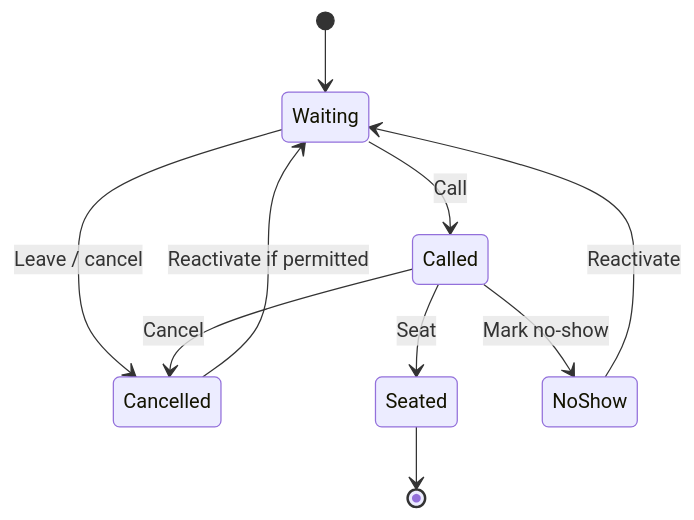
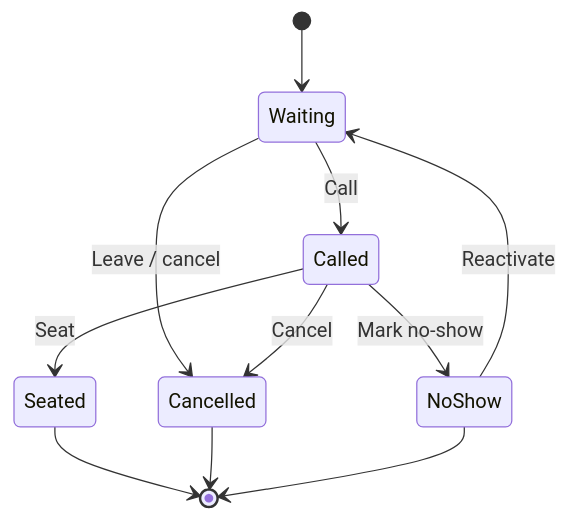
Before and after one commit to aramostsc/mesaflow: the diagram in docs/USER_FLOWS.md, drawn with Mermaid. The commit also changed other lines of this file and 3 other files, not shown here.

````diff
--- a/docs/USER_FLOWS.md
+++ b/docs/USER_FLOWS.md
@@ -62,12 +62,13 @@
 ```mermaid
 stateDiagram-v2
     [*] --> Waiting
     Waiting --> Called: Call
     Waiting --> Cancelled: Leave / cancel
     Called --> Seated: Seat
     Called --> NoShow: Mark no-show
     Called --> Cancelled: Cancel
     NoShow --> Waiting: Reactivate
-    Cancelled --> Waiting: Reactivate if permitted
     Seated --> [*]
+    Cancelled --> [*]
+    NoShow --> [*]
 ```
````
